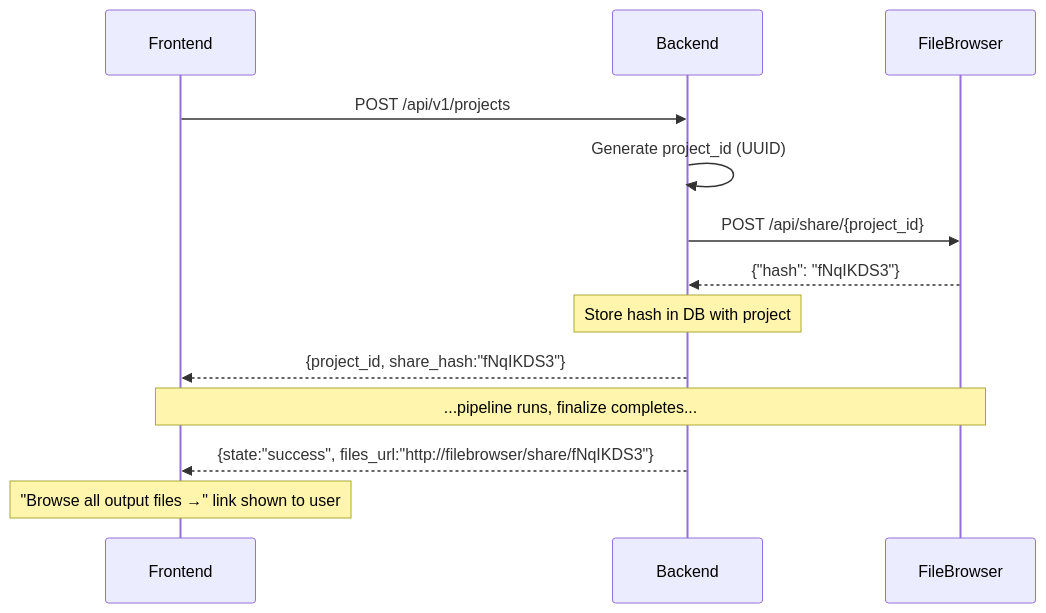
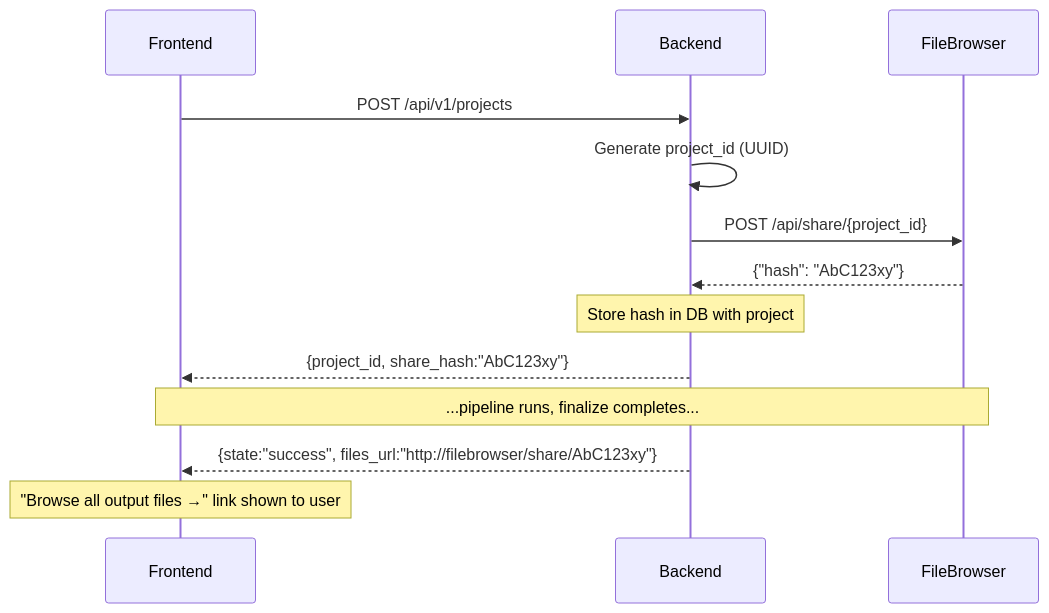
Before and after one commit to stuck-in-infinity/TreeCrownDetection: the eighth of 8 diagrams in project_outline.md, drawn with Mermaid. The commit also changed other lines of this file and 7 other files, not shown here.

````diff
--- a/project_outline.md
+++ b/project_outline.md
@@ -293,18 +293,18 @@
 ```mermaid
 sequenceDiagram
     participant F as Frontend
     participant B as Backend
     participant FB as FileBrowser
 
     F->>B: POST /api/v1/projects
     B->>B: Generate project_id (UUID)
     B->>FB: POST /api/share/{project_id}
-    FB-->>B: {"hash": "fNqIKDS3"}
+    FB-->>B: {"hash": "AbC123xy"}
     Note over B: Store hash in DB with project
-    B-->>F: {project_id, share_hash:"fNqIKDS3"}
+    B-->>F: {project_id, share_hash:"AbC123xy"}
 
     Note over F,FB: ...pipeline runs, finalize completes...
 
-    B-->>F: {state:"success", files_url:"http://filebrowser/share/fNqIKDS3"}
+    B-->>F: {state:"success", files_url:"http://filebrowser/share/AbC123xy"}
     Note over F: "Browse all output files →" link shown to user
 ```
````
